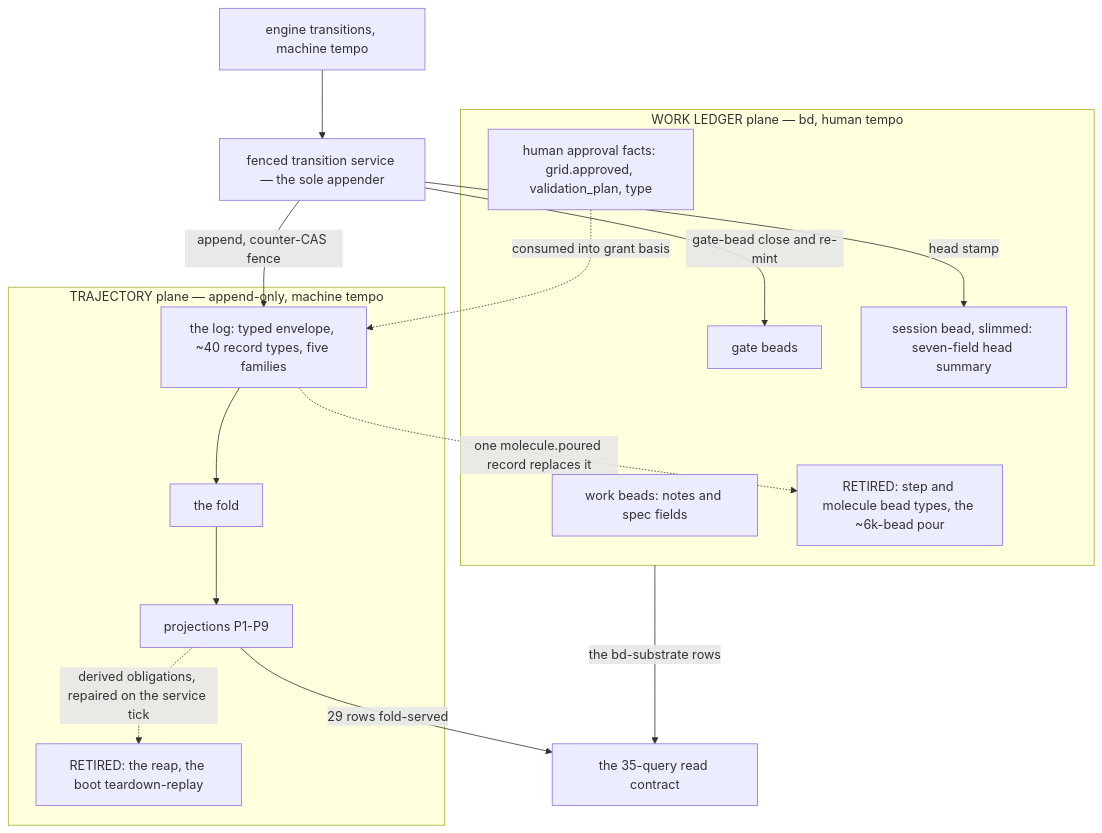
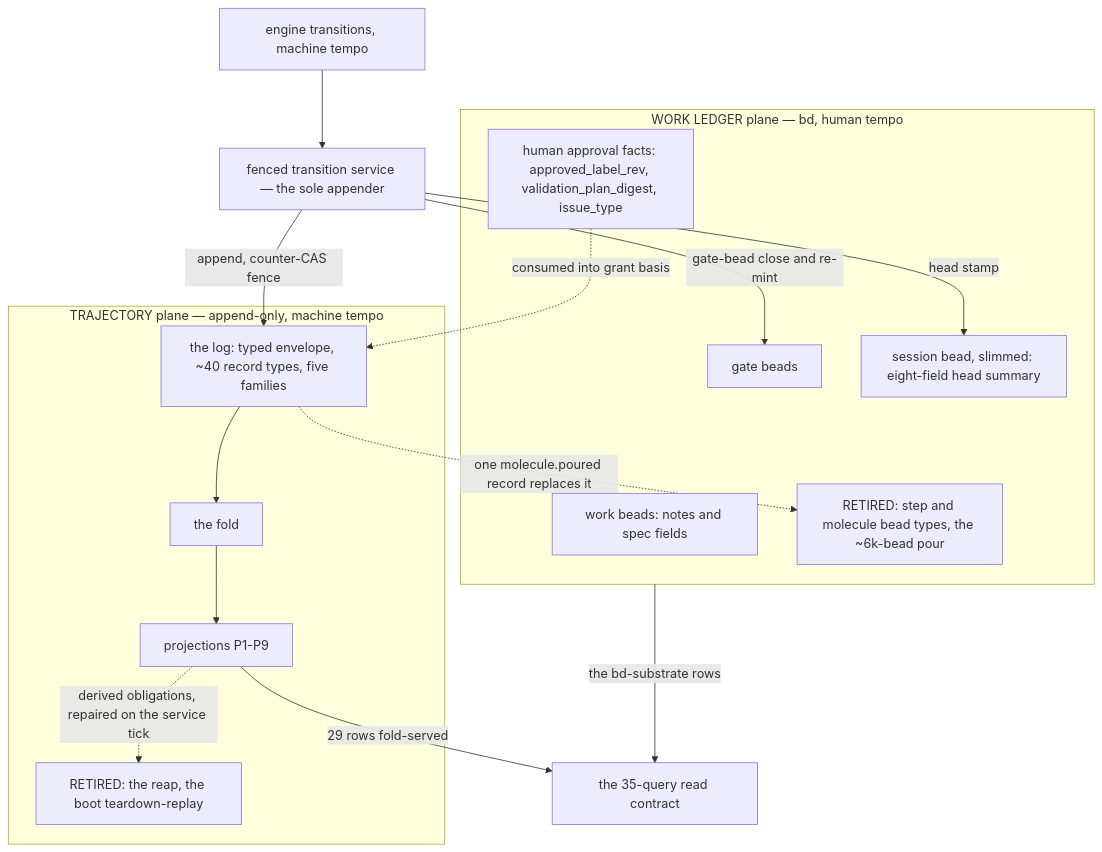
Before and after one commit to memento-engineering/the_grid: the diagram in docs/design/trajectory/README.md, drawn with Mermaid. The commit also changed other lines of this file and 3 other files, not shown here.

First line of the commit message:
docs(trajectory): 13 verified mermaid diagrams + station-agnostic sweep

````diff
--- a/docs/design/trajectory/README.md
+++ b/docs/design/trajectory/README.md
@@ -10,34 +10,34 @@
 ```mermaid
 flowchart TB
     eng["engine transitions, machine tempo"]
     svc["fenced transition service — the sole appender"]
 
     subgraph LEDGER["WORK LEDGER plane — bd, human tempo"]
         wb["work beads: notes and spec fields"]
         gb["gate beads"]
-        ap["human approval facts: grid.approved, validation_plan, type"]
-        hd["session bead, slimmed: seven-field head summary"]
+        ap["human approval facts: approved_label_rev, validation_plan_digest, issue_type"]
+        hd["session bead, slimmed: eight-field head summary"]
         rt1["RETIRED: step and molecule bead types, the ~6k-bead pour"]
     end
 
     subgraph TRAJ["TRAJECTORY plane — append-only, machine tempo"]
         log["the log: typed envelope, ~40 record types, five families"]
         fold["the fold"]
         proj["projections P1-P9"]
         rt2["RETIRED: the reap, the boot teardown-replay"]
     end
 
     rd["the 35-query read contract"]
 
     eng --> svc
     svc -->|"append, counter-CAS fence"| log
     log --> fold
     fold --> proj
     proj -->|"29 rows fold-served"| rd
     LEDGER -->|"the bd-substrate rows"| rd
     svc -->|"head stamp"| hd
     svc -->|"gate-bead close and re-mint"| gb
     ap -.->|"consumed into grant basis"| log
     log -.->|"one molecule.poured record replaces it"| rt1
     proj -.->|"derived obligations, repaired on the service tick"| rt2
 ```
````
